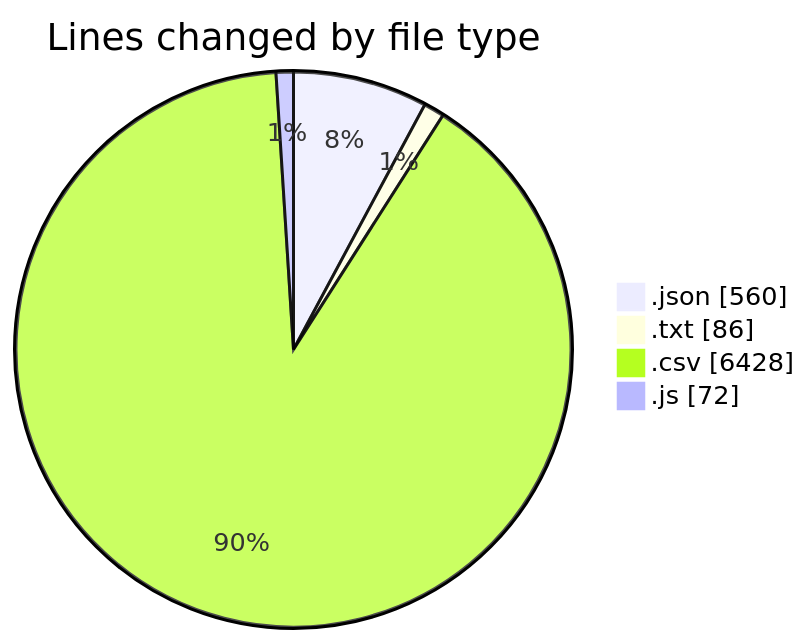
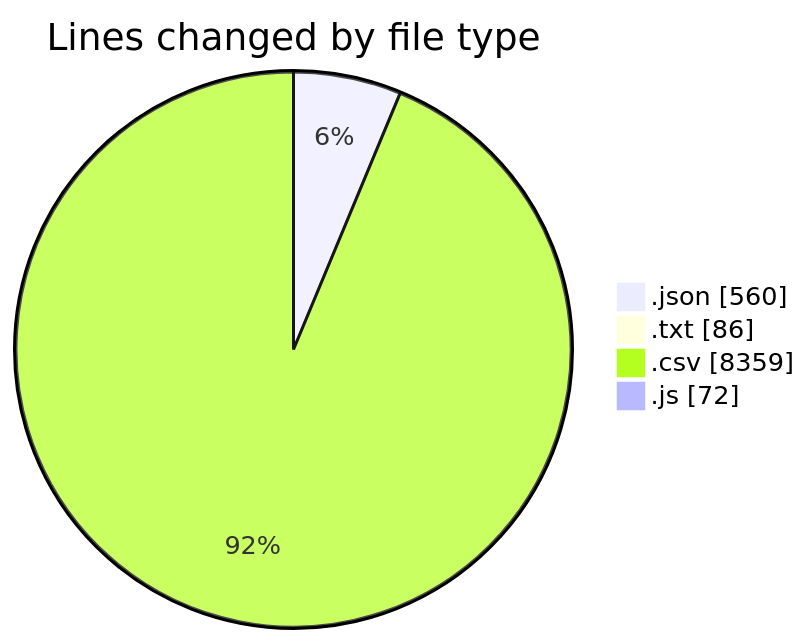
One commit to EIIisD/code-tracking changed the first of 2 diagrams in 2025-07-27/refunds/README.md. Above: the diagram before and after it, drawn with Mermaid. The commit also changed other lines of this file and 1 other file, not shown here.

````diff
--- a/2025-07-27/refunds/README.md
+++ b/2025-07-27/refunds/README.md
@@ -26,8 +26,8 @@
 ```mermaid
 pie showData
 title Lines changed by file type
 ".json" : 560
 ".txt" : 86
-".csv" : 6428
+".csv" : 8359
 ".js" : 72
 ```
````
